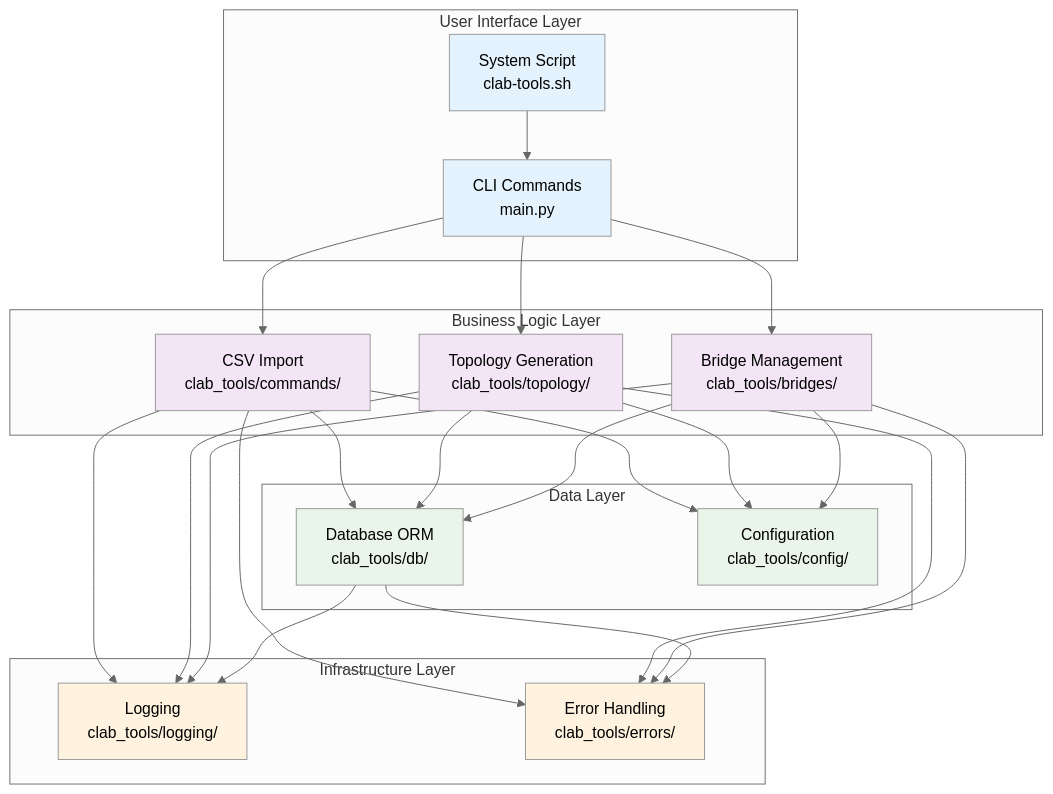
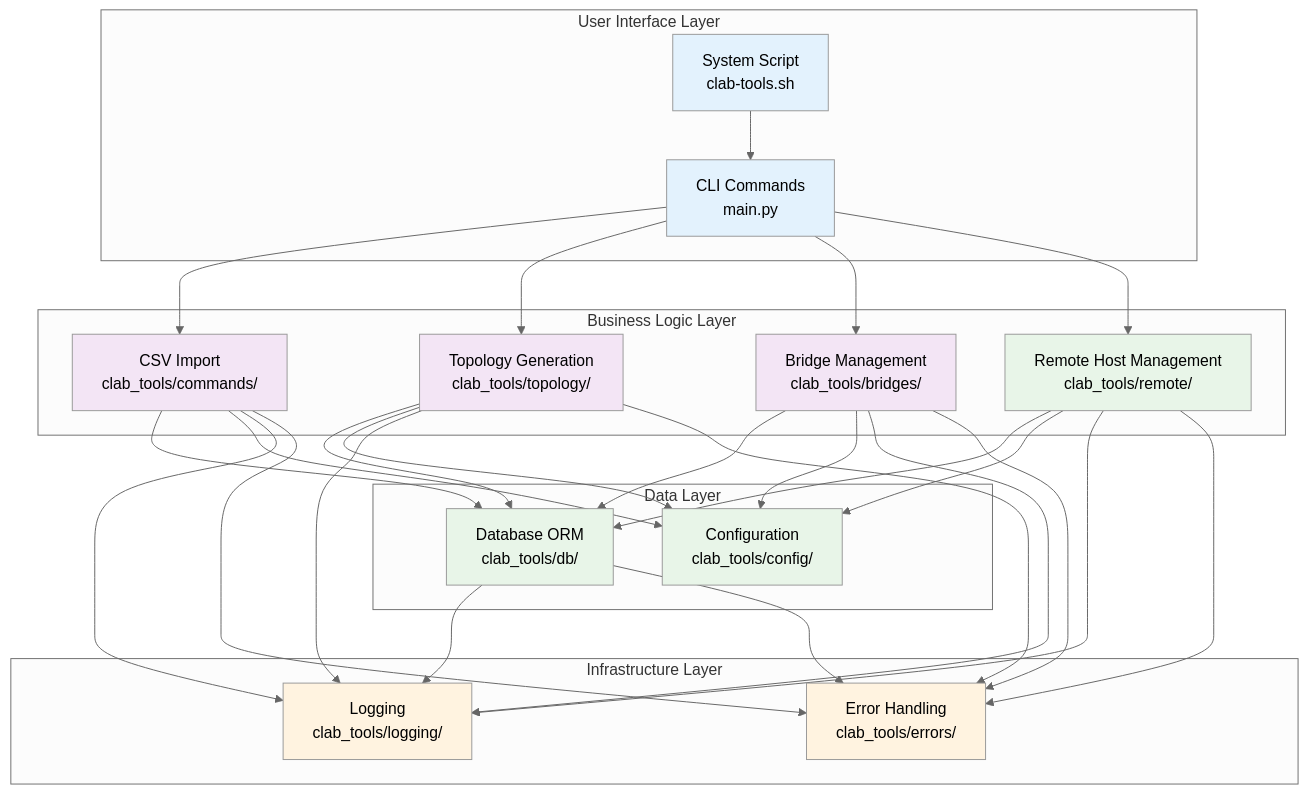
The fifth of 5 diagrams in docs/workflows-and-architecture.md (marccolburn/clab_homelab_tools), drawn with Mermaid (neutral theme) before and after one commit. The commit also changed other lines of this file and 16 other files, not shown here.

First line of the commit message:
feat: Add comprehensive remote containerlab host management system

````diff
--- a/docs/workflows-and-architecture.md
+++ b/docs/workflows-and-architecture.md
@@ -248,56 +286,63 @@
 ```mermaid
 graph TB
     subgraph "User Interface Layer"
         CLI[CLI Commands<br/>main.py]
         SCRIPT[System Script<br/>clab-tools.sh]
     end
 
     subgraph "Business Logic Layer"
         CSV[CSV Import<br/>clab_tools/commands/]
         TOPO[Topology Generation<br/>clab_tools/topology/]
         BRIDGE[Bridge Management<br/>clab_tools/bridges/]
+        REMOTE[Remote Host Management<br/>clab_tools/remote/]
     end
 
     subgraph "Data Layer"
         DB[Database ORM<br/>clab_tools/db/]
         CONFIG[Configuration<br/>clab_tools/config/]
     end
 
     subgraph "Infrastructure Layer"
         LOG[Logging<br/>clab_tools/logging/]
         ERROR[Error Handling<br/>clab_tools/errors/]
     end
 
     CLI --> CSV
     CLI --> TOPO
     CLI --> BRIDGE
+    CLI --> REMOTE
     SCRIPT --> CLI
 
     CSV --> DB
     TOPO --> DB
     BRIDGE --> DB
+    REMOTE --> DB
 
     CSV --> CONFIG
     TOPO --> CONFIG
     BRIDGE --> CONFIG
+    REMOTE --> CONFIG
 
     CSV --> LOG
     TOPO --> LOG
     BRIDGE --> LOG
+    REMOTE --> LOG
     DB --> LOG
 
     CSV --> ERROR
     TOPO --> ERROR
     BRIDGE --> ERROR
+    REMOTE --> ERROR
     DB --> ERROR
 
     style CLI fill:#e3f2fd
     style SCRIPT fill:#e3f2fd
     style CSV fill:#f3e5f5
     style TOPO fill:#f3e5f5
     style BRIDGE fill:#f3e5f5
+    style REMOTE fill:#e8f5e8
     style DB fill:#e8f5e8
     style CONFIG fill:#e8f5e8
     style LOG fill:#fff3e0
     style ERROR fill:#fff3e0
 ```
````
